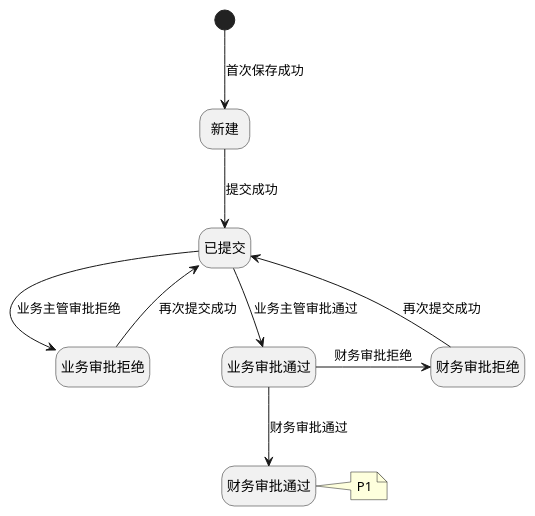
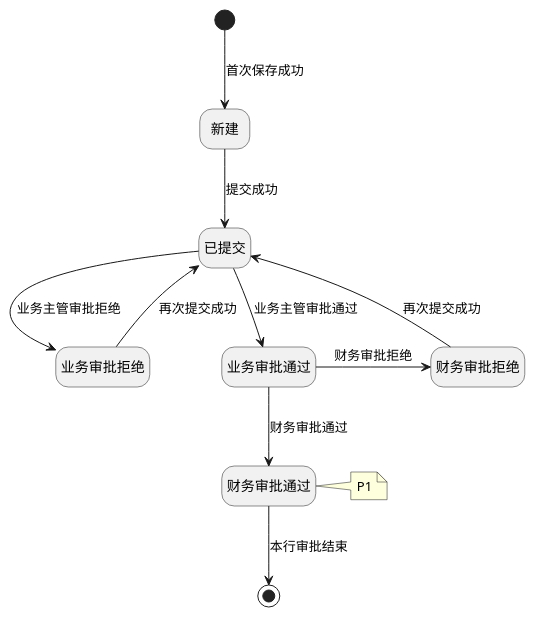
Before and after one commit to jack888332/projects-doc: the diagram in product-caliber/goldjet/segmented-prd/PRD.高捷物流系统一期.第023篇.财务结算-订单成本管理.70AD0AF66B.md, drawn with PlantUML. The commit also changed other lines of this file and 5 other files, not shown here.

Commit message:
优化示意图

````diff
--- a/product-caliber/goldjet/segmented-prd/PRD.高捷物流系统一期.第023篇.财务结算-订单成本管理.70AD0AF66B.md
+++ b/product-caliber/goldjet/segmented-prd/PRD.高捷物流系统一期.第023篇.财务结算-订单成本管理.70AD0AF66B.md
@@ -343,21 +343,22 @@
 ```plantuml
 @startuml goldjet-state-023-cost-line-approval
 hide empty description
 state "新建" as New
 state "已提交" as Submitted
 state "业务审批通过" as BusinessApproved
 state "业务审批拒绝" as BusinessRejected
 state "财务审批通过" as FinanceApproved
 state "财务审批拒绝" as FinanceRejected
 
 [*] --> New : 首次保存成功
 New -down-> Submitted : 提交成功
 Submitted -down-> BusinessApproved : 业务主管审批通过
 Submitted -right-> BusinessRejected : 业务主管审批拒绝
 BusinessRejected -up-> Submitted : 再次提交成功
 BusinessApproved -down-> FinanceApproved : 财务审批通过
 BusinessApproved -right-> FinanceRejected : 财务审批拒绝
 FinanceRejected -up-> Submitted : 再次提交成功
+FinanceApproved --> [*] : 本行审批结束
 note right of FinanceApproved : P1
 @enduml
 ```
````
